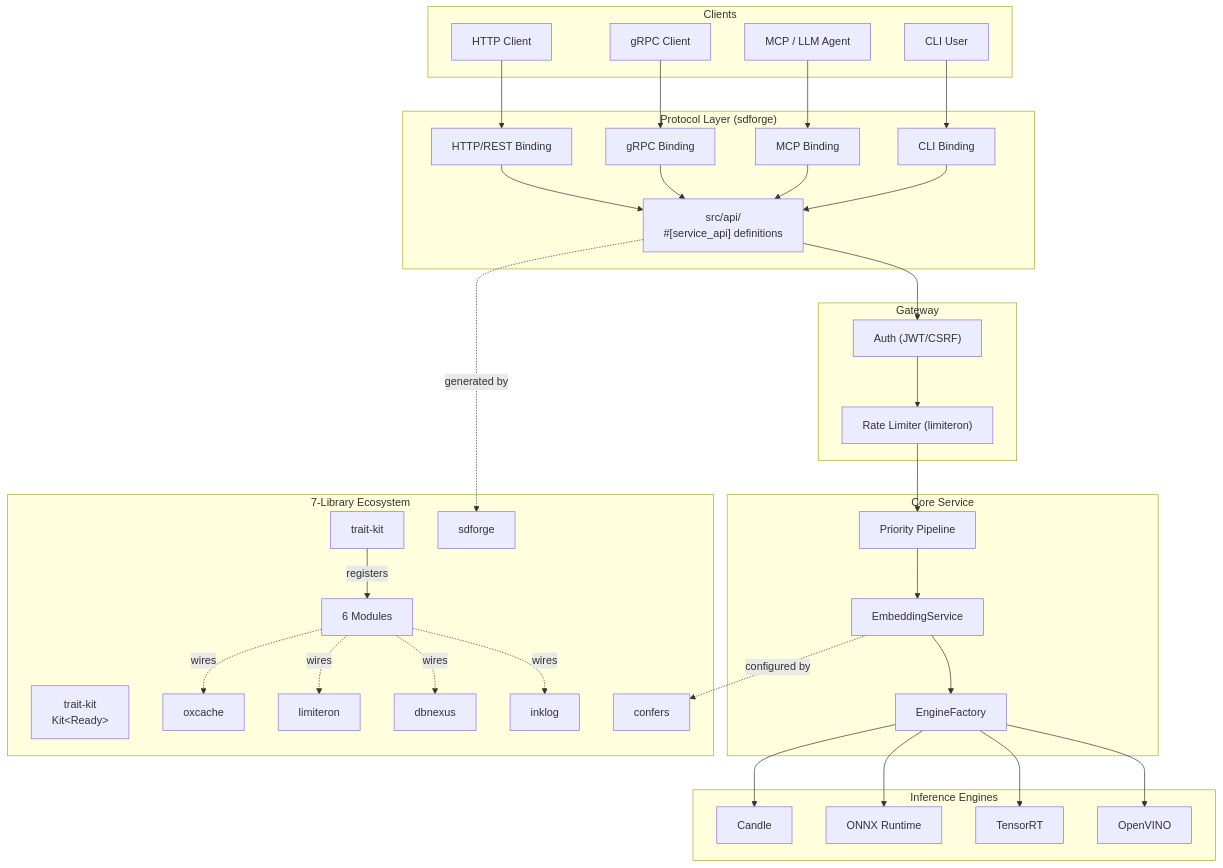
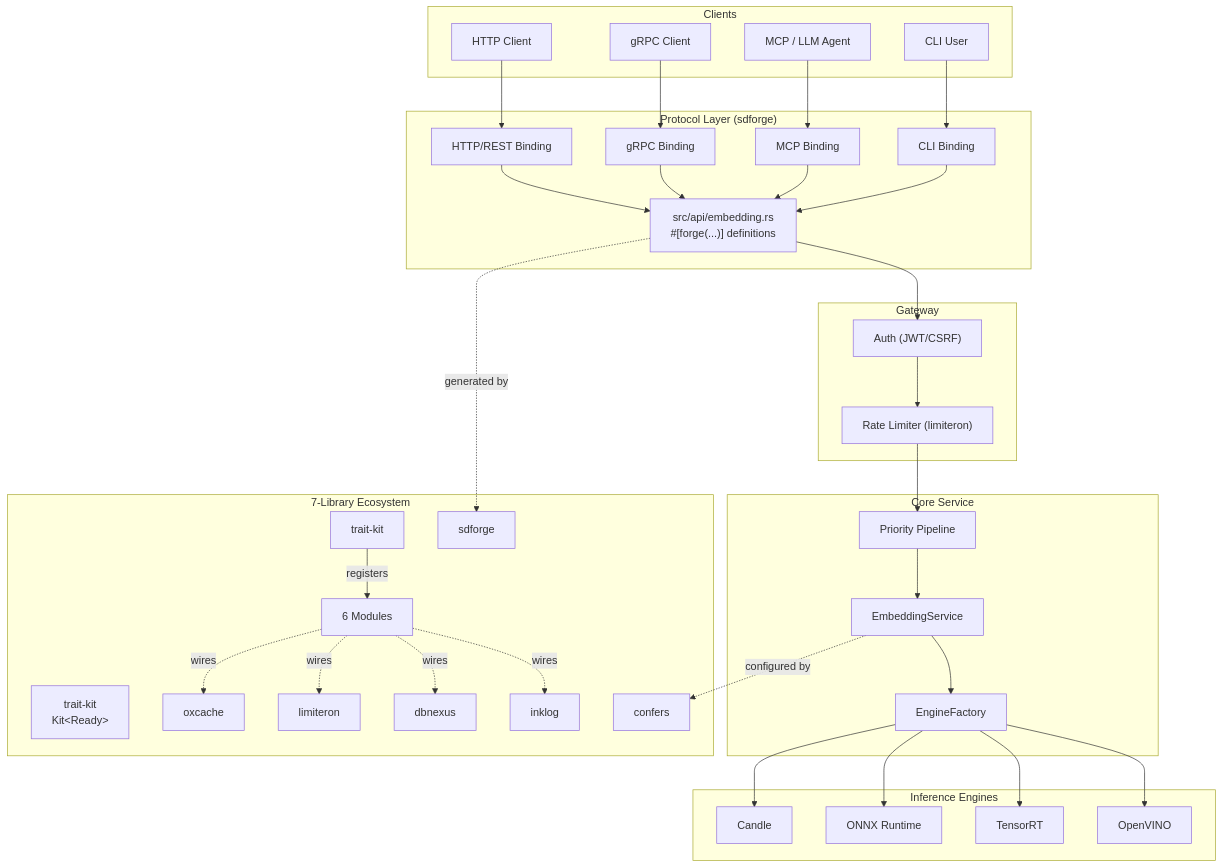
The first of 7 diagrams in docs/ARCHITECTURE.md (Kirky-X/vecboost), drawn with Mermaid before and after one commit. The commit also changed other lines of this file and 5 other files, not shown here.

````diff
--- a/docs/ARCHITECTURE.md
+++ b/docs/ARCHITECTURE.md
@@ -11,60 +11,60 @@
 ```mermaid
 graph TB
     subgraph Clients["Clients"]
         HTTPClient["HTTP Client"]
         gRPCClient["gRPC Client"]
         MCPClient["MCP / LLM Agent"]
         CLIUser["CLI User"]
     end
 
     subgraph ProtocolLayer["Protocol Layer (sdforge)"]
-        API["src/api/<br/>#[service_api] definitions"]
+        API["src/api/embedding.rs<br/>#[forge(...)] definitions"]
         HTTPBinding["HTTP/REST Binding"]
         gRPCBinding["gRPC Binding"]
         MCPBinding["MCP Binding"]
         CLIBinding["CLI Binding"]
     end
 
     subgraph Gateway["Gateway"]
         Auth["Auth (JWT/CSRF)"]
         RateLim["Rate Limiter (limiteron)"]
     end
 
     subgraph Core["Core Service"]
         Pipeline["Priority Pipeline"]
         EmbeddingService["EmbeddingService"]
         EngineFactory["EngineFactory"]
     end
 
     subgraph Engines["Inference Engines"]
         Candle["Candle"]
         ONNX["ONNX Runtime"]
         TensorRT["TensorRT"]
         OpenVINO["OpenVINO"]
     end
 
     subgraph Ecosystem["7-Library Ecosystem"]
         Kit["trait-kit<br/>Kit&lt;Ready&gt;"]
         trait-kit -->|registers| Modules["6 Modules"]
         oxcache["oxcache"]
         limiteron["limiteron"]
         dbnexus["dbnexus"]
         inklog["inklog"]
         confers["confers"]
         sdforge["sdforge"]
     end
 
     HTTPClient --> HTTPBinding
     gRPCClient --> gRPCBinding
     MCPClient --> MCPBinding
     CLIUser --> CLIBinding
 
     HTTPBinding & gRPCBinding & MCPBinding & CLIBinding --> API
     API --> Auth --> RateLim --> Pipeline --> EmbeddingService
     EmbeddingService --> EngineFactory
     EngineFactory --> Candle & ONNX & TensorRT & OpenVINO
 
     Modules -.->|wires| oxcache & limiteron & dbnexus & inklog
     API -.->|generated by| sdforge
     EmbeddingService -.->|configured by| confers
 ```
````
